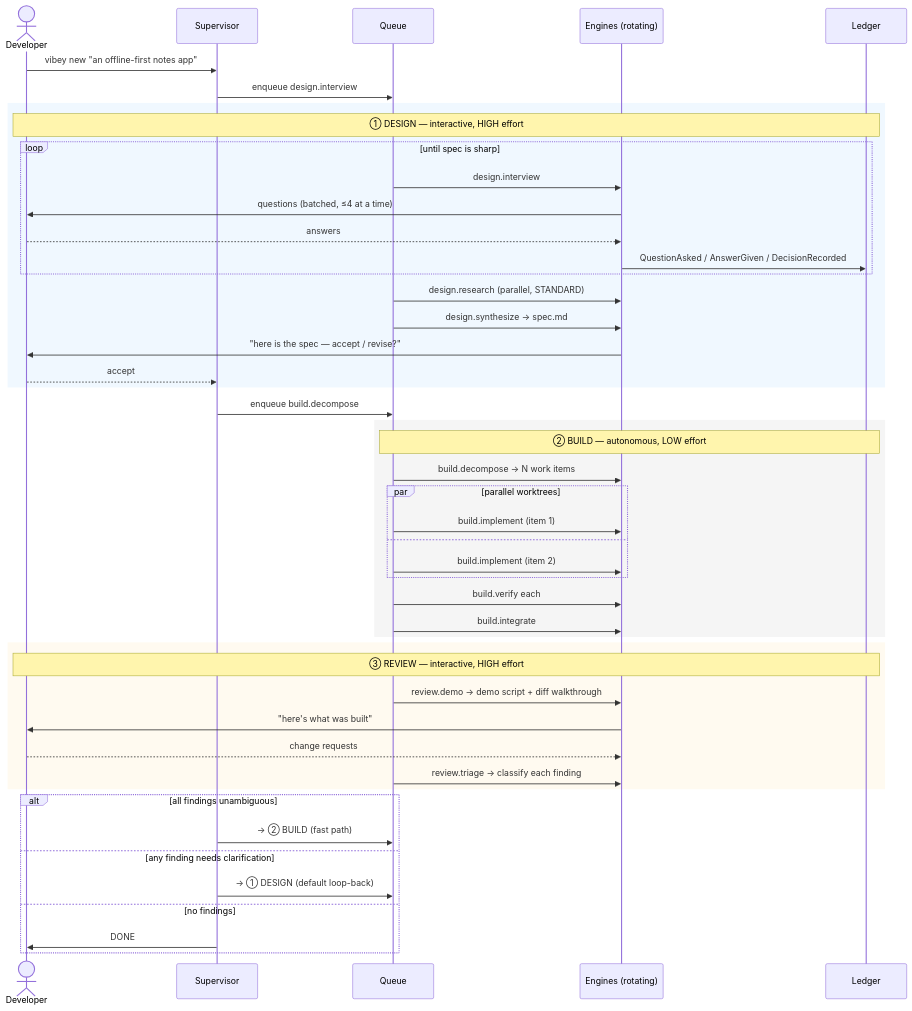
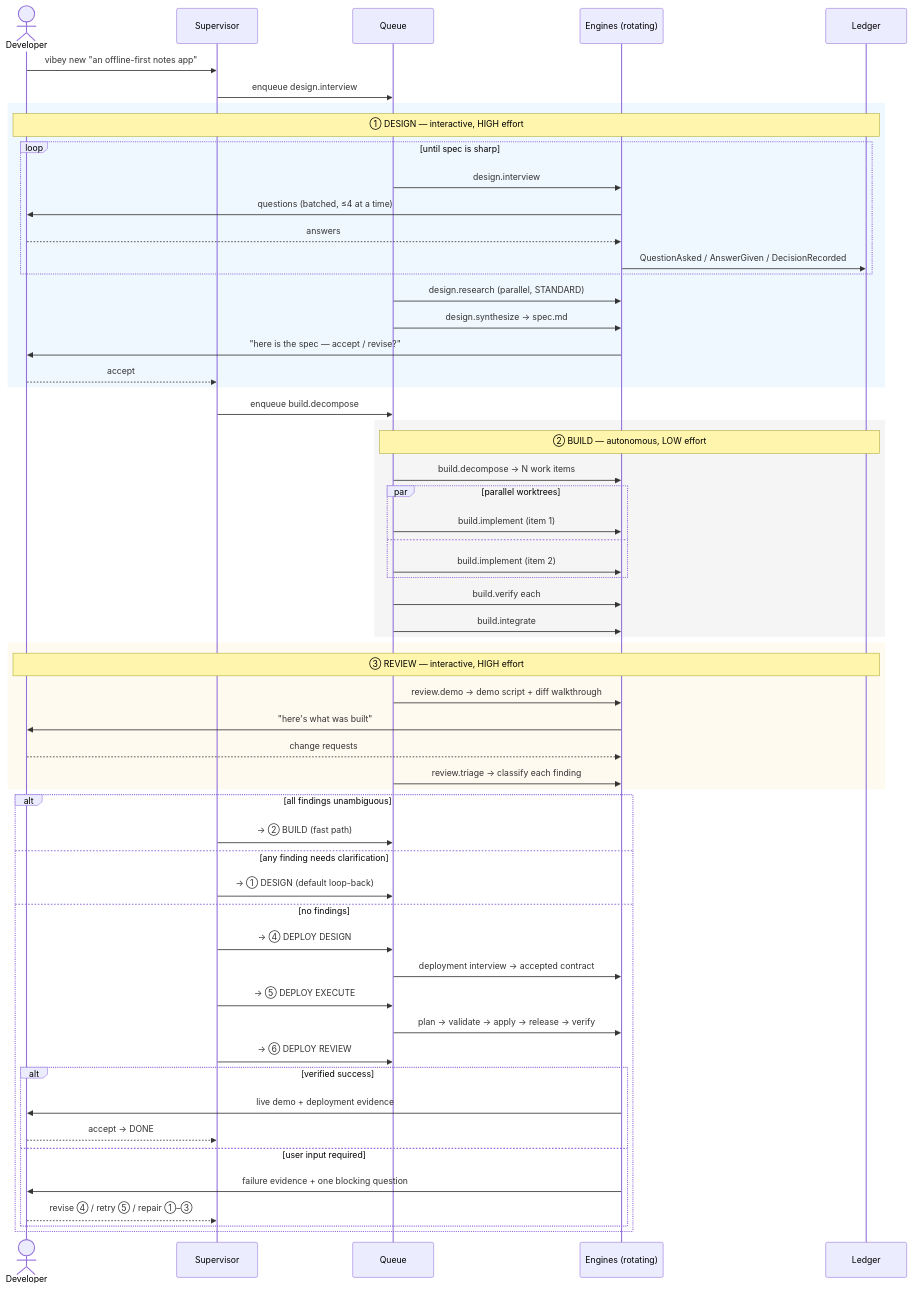
One commit to adammatthewsteinberger/vibey changed the first of 2 diagrams in docs/plans/phase-protocols.md. Above: the diagram before and after it, drawn with Mermaid. The commit also changed other lines of this file and 9 other files, not shown here.

Commit message:
docs: plan six-phase Azure deployment lifecycle

````diff
--- a/docs/plans/phase-protocols.md
+++ b/docs/plans/phase-protocols.md
@@ -11,50 +11,61 @@
 ```mermaid
 sequenceDiagram
     actor U as Developer
     participant S as Supervisor
     participant Q as Queue
     participant E as Engines (rotating)
     participant L as Ledger
 
     U->>S: vibey new "an offline-first notes app"
     S->>Q: enqueue design.interview
     rect rgb(240, 248, 255)
         Note over U,L: ① DESIGN — interactive, HIGH effort
         loop until spec is sharp
             Q->>E: design.interview
             E->>U: questions (batched, ≤4 at a time)
             U-->>E: answers
             E->>L: QuestionAsked / AnswerGiven / DecisionRecorded
         end
         Q->>E: design.research (parallel, STANDARD)
         Q->>E: design.synthesize → spec.md
         E->>U: "here is the spec — accept / revise?"
         U-->>S: accept
     end
     S->>Q: enqueue build.decompose
     rect rgb(245, 245, 245)
         Note over Q,L: ② BUILD — autonomous, LOW effort
         Q->>E: build.decompose → N work items
         par parallel worktrees
             Q->>E: build.implement (item 1)
         and
             Q->>E: build.implement (item 2)
         end
         Q->>E: build.verify each
         Q->>E: build.integrate
     end
     rect rgb(255, 250, 240)
         Note over U,L: ③ REVIEW — interactive, HIGH effort
         Q->>E: review.demo → demo script + diff walkthrough
         E->>U: "here's what was built"
         U-->>E: change requests
         Q->>E: review.triage → classify each finding
     end
     alt all findings unambiguous
         S->>Q: → ② BUILD (fast path)
     else any finding needs clarification
         S->>Q: → ① DESIGN (default loop-back)
     else no findings
-        S->>U: DONE
+        S->>Q: → ④ DEPLOY DESIGN
+        Q->>E: deployment interview → accepted contract
+        S->>Q: → ⑤ DEPLOY EXECUTE
+        Q->>E: plan → validate → apply → release → verify
+        S->>Q: → ⑥ DEPLOY REVIEW
+        alt verified success
+            E->>U: live demo + deployment evidence
+            U-->>S: accept → DONE
+        else user input required
+            E->>U: failure evidence + one blocking question
+            U-->>S: revise ④ / retry ⑤ / repair ①–③
+        end
     end
 ```
````
